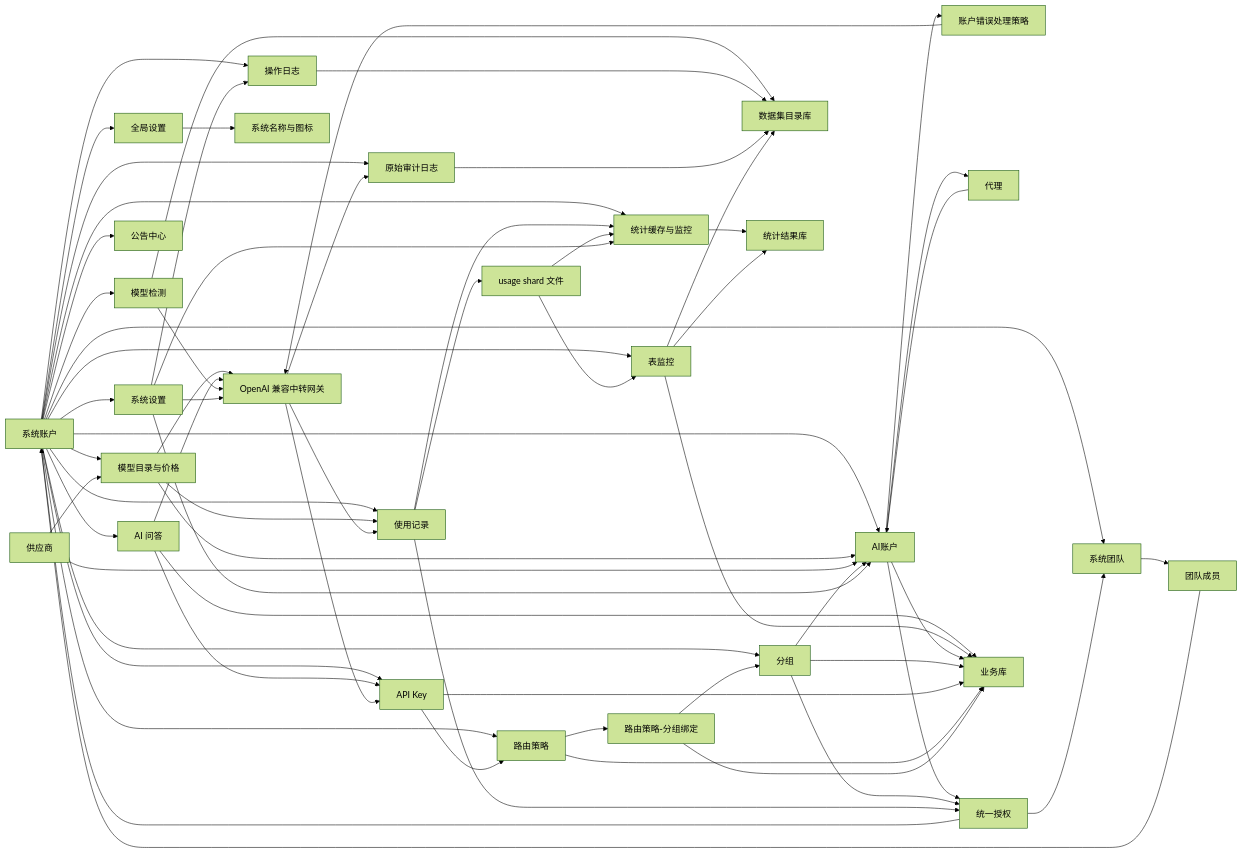
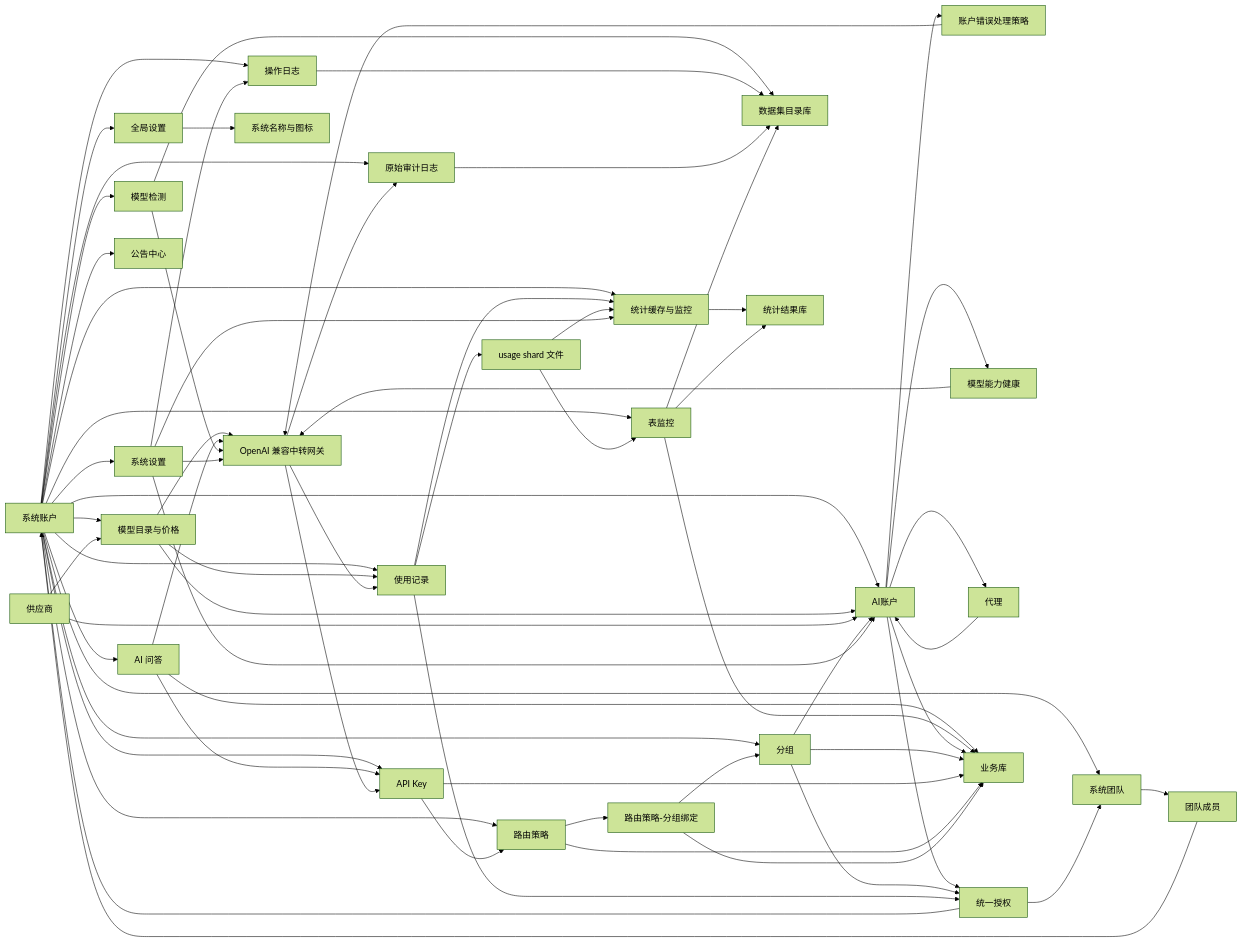
One commit to huanmin123/juhe-ai changed the diagram in docs/architecture/架构总览.md. Above: the diagram before and after it, drawn with Mermaid (forest theme). The commit also changed other lines of this file and 117 other files, not shown here.

````diff
--- a/docs/architecture/架构总览.md
+++ b/docs/architecture/架构总览.md
@@ -129,68 +132,70 @@
 ```mermaid
 flowchart LR
   SystemAccount["系统账户"] --> GlobalSettings["全局设置"]
   SystemAccount --> SystemSettings["系统设置"]
   SystemAccount --> SystemTeam["系统团队"]
   SystemTeam --> TeamMember["团队成员"]
   TeamMember --> SystemAccount
   SystemAccount --> AIAccount["AI账户"]
   SystemAccount --> Group["分组"]
   SystemAccount --> APIKey["API Key"]
   SystemAccount --> AIChat["AI 问答"]
   SystemAccount --> RouteStrategy["路由策略"]
   SystemAccount --> ModelCheck["模型检测"]
   SystemAccount --> Usage["使用记录"]
   SystemAccount --> OperationLog["操作日志"]
   SystemAccount --> AuditLog["原始审计日志"]
   SystemAccount --> Stats["统计缓存与监控"]
   SystemAccount --> TableMonitor["表监控"]
   SystemAccount --> Announcement["公告中心"]
   SystemAccount --> ModelCatalog["模型目录与价格"]
   AIAccount --> AccountErrorPolicy["账户错误处理策略"]
+  AIAccount --> AccountCapabilityHealth["模型能力健康"]
+  AccountCapabilityHealth --> Gateway
   AccountErrorPolicy --> Gateway
   GlobalSettings --> AppBrand["系统名称与图标"]
   Provider["供应商"] --> ModelCatalog
   ModelCatalog --> AIAccount
   ModelCatalog --> Gateway
   ModelCatalog --> Usage
   Provider["供应商"] --> AIAccount
   Proxy["代理"] --> AIAccount
   AIAccount --> Proxy
   AIAccount --> ResourceAuthorization["统一授权"]
   Group --> ResourceAuthorization
   ResourceAuthorization --> SystemAccount
   ResourceAuthorization --> SystemTeam
   Group --> AIAccount
   APIKey --> RouteStrategy
   AIChat --> APIKey
   AIChat --> Gateway
   AIChat --> BusinessStore
   RouteStrategy --> RouteStrategyGroupBinding["路由策略-分组绑定"]
   RouteStrategyGroupBinding --> Group
   ModelCheck --> Gateway
   ModelCheck --> DatasetStore
   Gateway["OpenAI 兼容中转网关"] --> APIKey
   Gateway --> Usage["使用记录"]
   Gateway --> AuditLog
   Usage --> ResourceAuthorization
   Usage --> Stats["统计缓存与监控"]
   Usage --> UsageShard["usage shard 文件"]
   UsageShard --> Stats
   UsageShard --> TableMonitor
   DatasetStore["数据集目录库"]
   OperationLog --> DatasetStore
   AuditLog --> DatasetStore
   Stats --> StatsStore["统计结果库"]
   TableMonitor --> StatsStore
   TableMonitor --> BusinessStore
   TableMonitor --> DatasetStore
   AIAccount --> BusinessStore["业务库"]
   Group --> BusinessStore
   APIKey --> BusinessStore
   RouteStrategy --> BusinessStore
   RouteStrategyGroupBinding --> BusinessStore
   SystemSettings --> Gateway
   SystemSettings --> OperationLog
   SystemSettings --> AIAccount
   SystemSettings --> Stats
 ```
````
